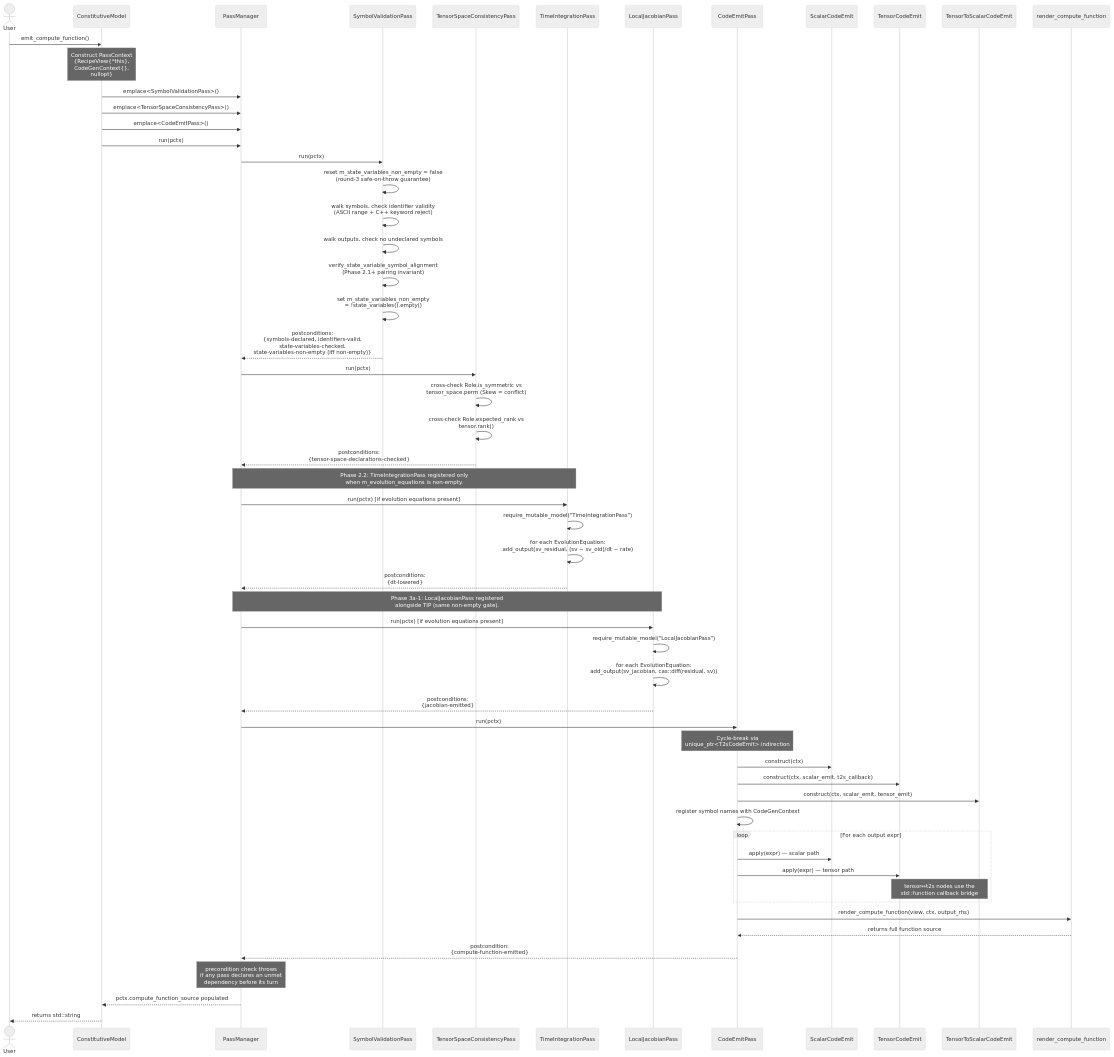
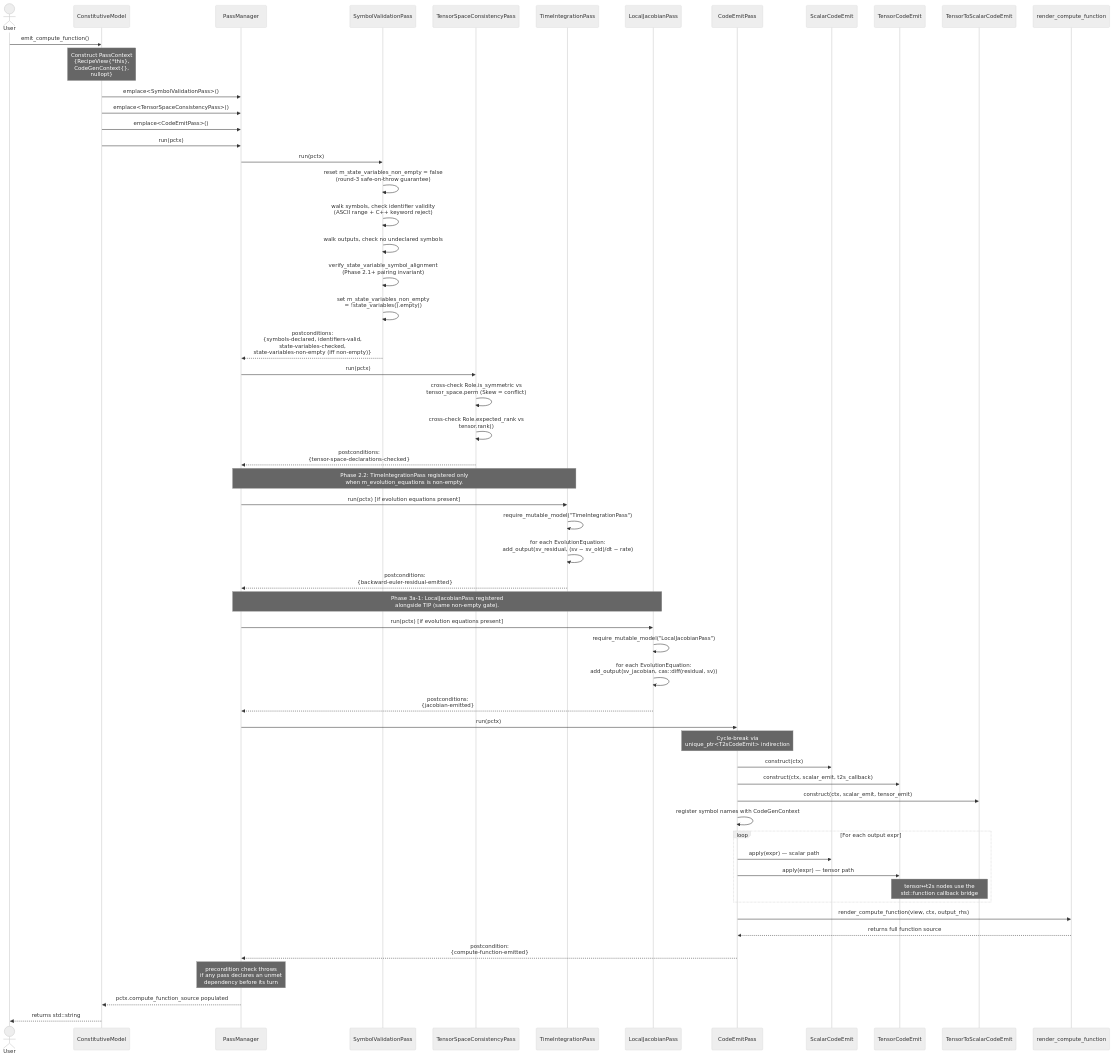
The second of 3 diagrams in docs/workflow.md (NumSim-Stack/numsim-codegen), drawn with Mermaid (neutral theme) before and after one commit. The commit also changed other lines of this file and 6 other files, not shown here.

````diff
--- a/docs/workflow.md
+++ b/docs/workflow.md
@@ -46,66 +46,66 @@
 ```mermaid
 sequenceDiagram
     actor User
     participant Model as ConstitutiveModel
     participant PM as PassManager
     participant SVP as SymbolValidationPass
     participant TSP as TensorSpaceConsistencyPass
     participant TIP as TimeIntegrationPass
     participant LJP as LocalJacobianPass
     participant CEP as CodeEmitPass
     participant SE as ScalarCodeEmit
     participant TE as TensorCodeEmit
     participant T2S as TensorToScalarCodeEmit
     participant Render as render_compute_function
 
     User->>Model: emit_compute_function()
     Note over Model: Construct PassContext<br/>{RecipeView{*this},<br/> CodeGenContext{},<br/> nullopt}
     Model->>PM: emplace<SymbolValidationPass>()
     Model->>PM: emplace<TensorSpaceConsistencyPass>()
     Model->>PM: emplace<CodeEmitPass>()
     Model->>PM: run(pctx)
 
     PM->>SVP: run(pctx)
     SVP->>SVP: reset m_state_variables_non_empty = false<br/>(round-3 safe-on-throw guarantee)
     SVP->>SVP: walk symbols, check identifier validity<br/>(ASCII range + C++ keyword reject)
     SVP->>SVP: walk outputs, check no undeclared symbols
     SVP->>SVP: verify_state_variable_symbol_alignment<br/>(Phase 2.1+ pairing invariant)
     SVP->>SVP: set m_state_variables_non_empty<br/>= !state_variables().empty()
     SVP-->>PM: postconditions:<br/>{symbols-declared, identifiers-valid,<br/>state-variables-checked,<br/>state-variables-non-empty (iff non-empty)}
 
     PM->>TSP: run(pctx)
     TSP->>TSP: cross-check Role.is_symmetric vs<br/>tensor_space.perm (Skew = conflict)
     TSP->>TSP: cross-check Role.expected_rank vs<br/>tensor.rank()
     TSP-->>PM: postconditions:<br/>{tensor-space-declarations-checked}
 
     Note over PM,TIP: Phase 2.2: TimeIntegrationPass registered only<br/>when m_evolution_equations is non-empty.
     PM->>TIP: run(pctx) [if evolution equations present]
     TIP->>TIP: require_mutable_model("TimeIntegrationPass")
     TIP->>TIP: for each EvolutionEquation:<br/>add_output(sv_residual, (sv − sv_old)/dt − rate)
-    TIP-->>PM: postconditions:<br/>{dt-lowered}
+    TIP-->>PM: postconditions:<br/>{backward-euler-residual-emitted}
 
     Note over PM,LJP: Phase 3a-1: LocalJacobianPass registered<br/>alongside TIP (same non-empty gate).
     PM->>LJP: run(pctx) [if evolution equations present]
     LJP->>LJP: require_mutable_model("LocalJacobianPass")
     LJP->>LJP: for each EvolutionEquation:<br/>add_output(sv_jacobian, cas::diff(residual, sv))
     LJP-->>PM: postconditions:<br/>{jacobian-emitted}
 
     PM->>CEP: run(pctx)
     Note over CEP: Cycle-break via<br/>unique_ptr<T2sCodeEmit> indirection
     CEP->>SE: construct(ctx)
     CEP->>TE: construct(ctx, scalar_emit, t2s_callback)
     CEP->>T2S: construct(ctx, scalar_emit, tensor_emit)
     CEP->>CEP: register symbol names with CodeGenContext
     loop For each output expr
         CEP->>SE: apply(expr) — scalar path
         CEP->>TE: apply(expr) — tensor path
         Note over TE,T2S: tensor↔t2s nodes use the<br/>std::function callback bridge
     end
     CEP->>Render: render_compute_function(view, ctx, output_rhs)
     Render-->>CEP: returns full function source
     CEP-->>PM: postcondition:<br/>{compute-function-emitted}
     Note over PM: precondition check throws<br/>if any pass declares an unmet<br/>dependency before its turn
 
     PM-->>Model: pctx.compute_function_source populated
     Model-->>User: returns std::string
 ```
````
